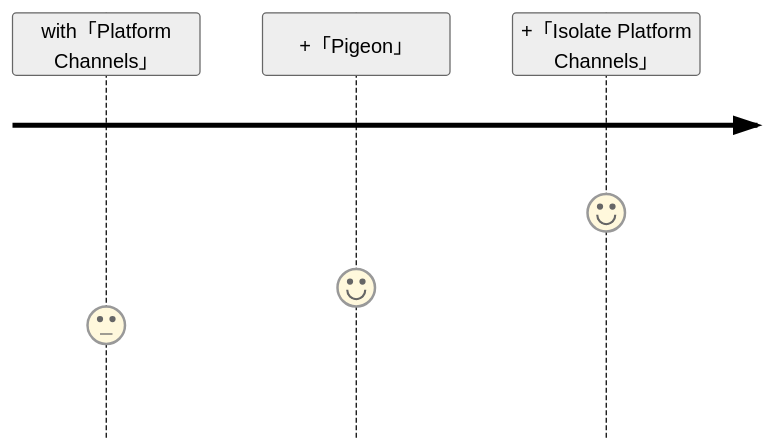
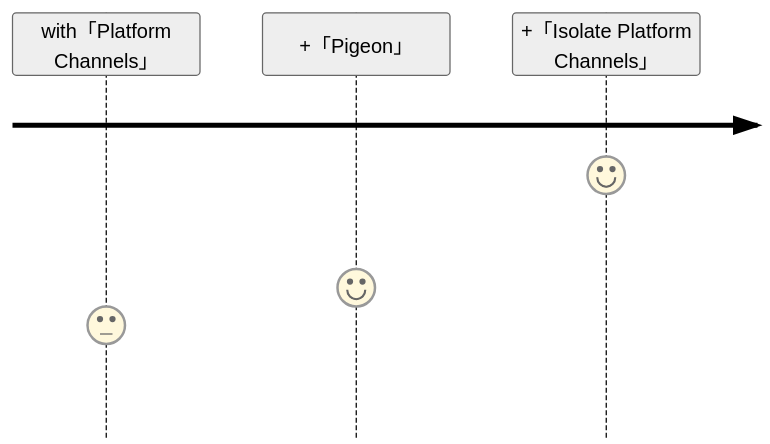
The diagram in slide/pages/journey_platform-specific_APIs.md (sensuikan1973/flutter_expensive_native_embedding_journey), drawn with Mermaid (neutral theme) before and after one commit.

````diff
--- a/slide/pages/journey_platform-specific_APIs.md
+++ b/slide/pages/journey_platform-specific_APIs.md
@@ -18,6 +18,6 @@
 ```mermaid {scale: 0.6}
 journey
     with「Platform Channels」: 3
-    +「Pigeon」:4
-    +「Isolate Platform Channels」 : 6
+    +「Pigeon」: 4
+    +「Isolate Platform Channels」 : 7
 ```
````
